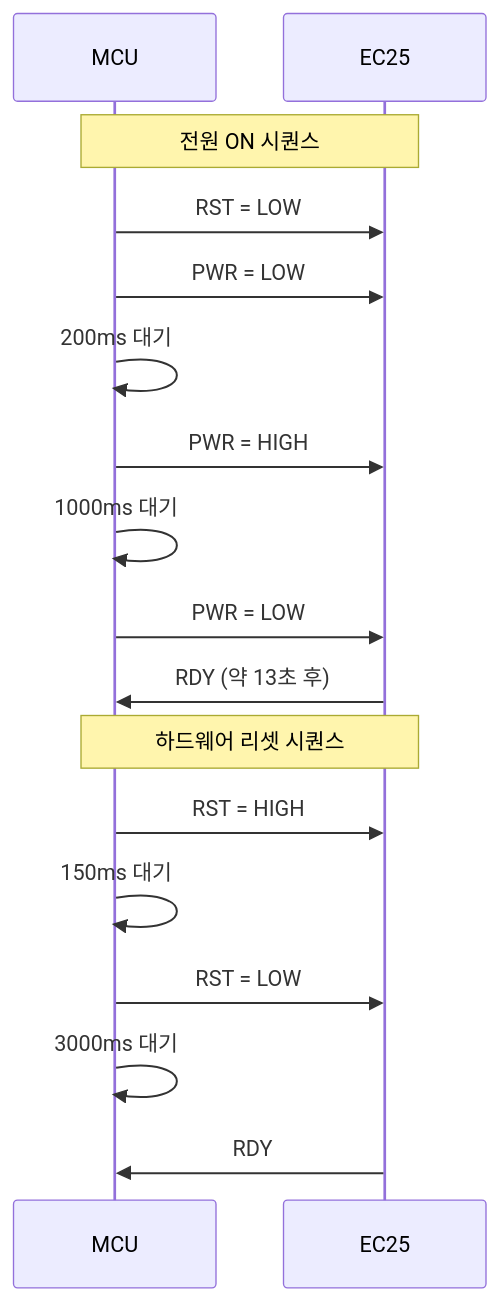
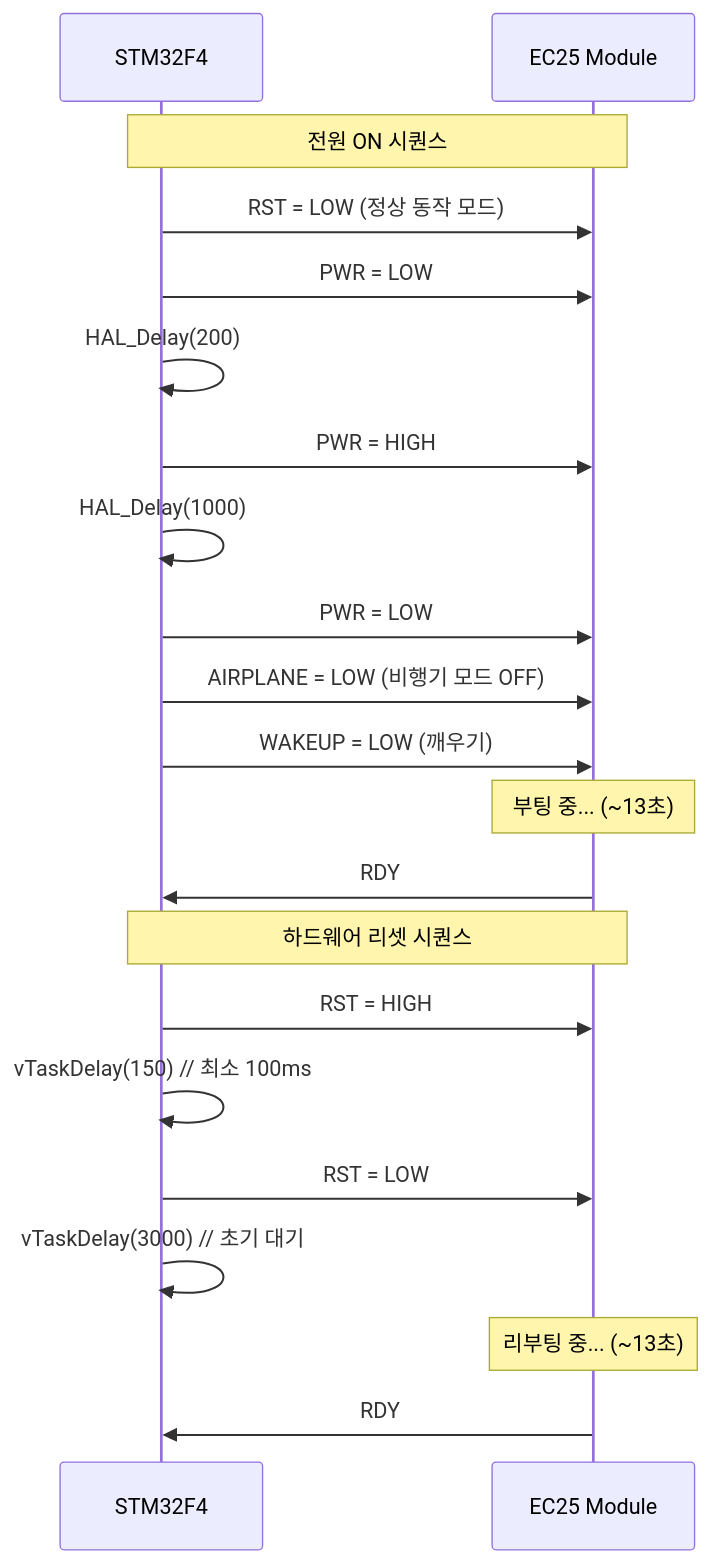
Diagram 12 of 12 in docs/GSM_LIBRARY.md (mj-kang-iotiz/my_test), drawn with Mermaid before and after one commit. The commit also changed other lines of this file and 2 other files, not shown here.

````diff
--- a/docs/GSM_LIBRARY.md
+++ b/docs/GSM_LIBRARY.md
@@ -661,21 +1321,27 @@
 ```mermaid
 sequenceDiagram
-    participant MCU
-    participant EC25
+    participant MCU as STM32F4
+    participant EC25 as EC25 Module
 
     Note over MCU,EC25: 전원 ON 시퀀스
-    MCU->>EC25: RST = LOW
+    MCU->>EC25: RST = LOW (정상 동작 모드)
     MCU->>EC25: PWR = LOW
-    MCU->>MCU: 200ms 대기
+    MCU->>MCU: HAL_Delay(200)
     MCU->>EC25: PWR = HIGH
-    MCU->>MCU: 1000ms 대기
+    MCU->>MCU: HAL_Delay(1000)
     MCU->>EC25: PWR = LOW
-    EC25->>MCU: RDY (약 13초 후)
+    MCU->>EC25: AIRPLANE = LOW (비행기 모드 OFF)
+    MCU->>EC25: WAKEUP = LOW (깨우기)
+
+    Note over EC25: 부팅 중... (~13초)
+    EC25->>MCU: RDY
 
     Note over MCU,EC25: 하드웨어 리셋 시퀀스
     MCU->>EC25: RST = HIGH
-    MCU->>MCU: 150ms 대기
+    MCU->>MCU: vTaskDelay(150) // 최소 100ms
     MCU->>EC25: RST = LOW
-    MCU->>MCU: 3000ms 대기
+    MCU->>MCU: vTaskDelay(3000) // 초기 대기
+
+    Note over EC25: 리부팅 중... (~13초)
     EC25->>MCU: RDY
 ```
````
